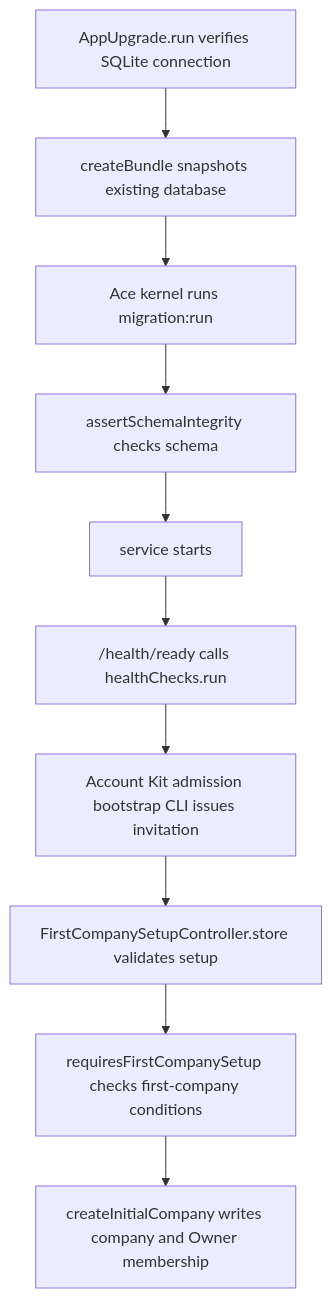
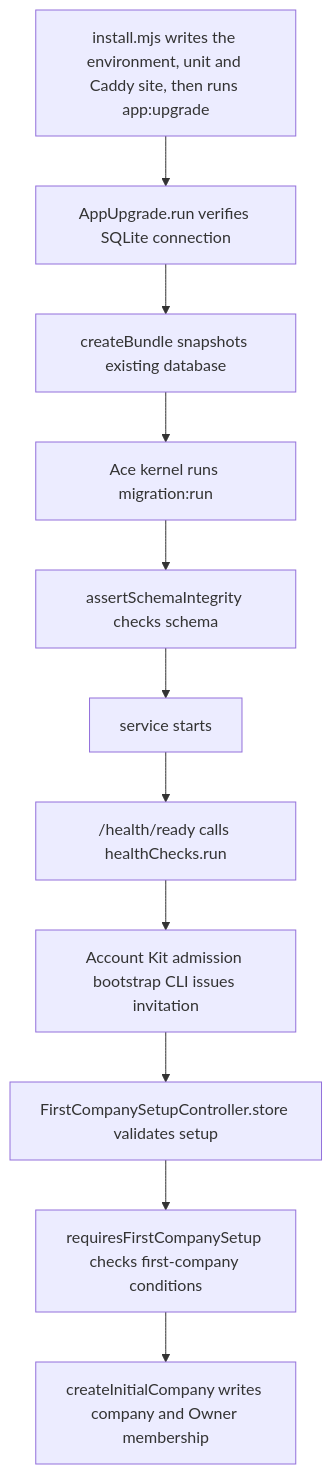
One commit to Kevinjohn/capacitylens changed the second of 2 diagrams in user-stories/installation/US-INS-01-install-one-agency.md. Above: the diagram before and after it, drawn with Mermaid. The commit also changed other lines of this file and 22 other files, not shown here.

````diff
--- a/user-stories/installation/US-INS-01-install-one-agency.md
+++ b/user-stories/installation/US-INS-01-install-one-agency.md
@@ -35,12 +37,13 @@
 ```mermaid
 flowchart TD
-  upgrade["AppUpgrade.run verifies SQLite connection"] --> backup["createBundle snapshots existing database"]
+  installer["install.mjs writes the environment, unit and Caddy site, then runs app:upgrade"] --> upgrade["AppUpgrade.run verifies SQLite connection"]
+  upgrade --> backup["createBundle snapshots existing database"]
   backup --> migrate["Ace kernel runs migration:run"]
   migrate --> integrity["assertSchemaIntegrity checks schema"]
   integrity --> service["service starts"]
   service --> ready["/health/ready calls healthChecks.run"]
   ready --> bootstrap["Account Kit admission bootstrap CLI issues invitation"]
   bootstrap --> browser["FirstCompanySetupController.store validates setup"]
   browser --> guard["requiresFirstCompanySetup checks first-company conditions"]
   guard --> create["createInitialCompany writes company and Owner membership"]
 ```
````
